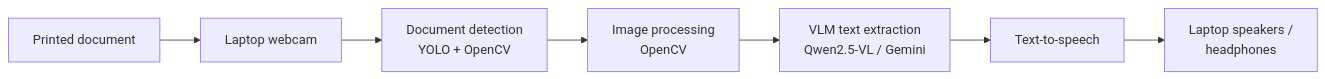
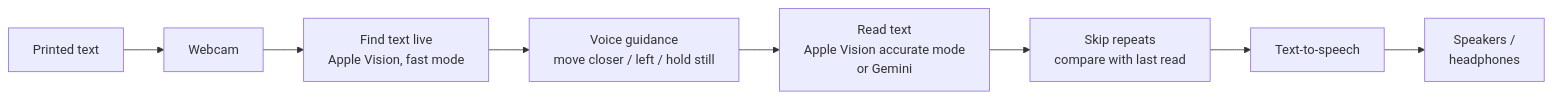
One commit to neerajprao/Helping_Eyes-main changed the diagram in README.md. Above: the diagram before and after it, drawn with Mermaid. The commit also changed other lines of this file and 8 other files, not shown here.

Commit message:
removed qwen, yolo and added apple vision

````diff
--- a/README.md
+++ b/README.md
@@ -65,9 +64,10 @@
 ```mermaid
 flowchart LR
-    A[Printed document] --> B[Laptop webcam]
-    B --> C[Document detection<br/>YOLO + OpenCV]
-    C --> D[Image processing<br/>OpenCV]
-    D --> E[VLM text extraction<br/>Qwen2.5-VL / Gemini]
-    E --> F[Text-to-speech]
-    F --> G[Laptop speakers /<br/>headphones]
+    A[Printed text] --> B[Webcam]
+    B --> C[Find text live<br/>Apple Vision, fast mode]
+    C --> D[Voice guidance<br/>move closer / left / hold still]
+    D --> E[Read text<br/>Apple Vision accurate mode<br/>or Gemini]
+    E --> F[Skip repeats<br/>compare with last read]
+    F --> G[Text-to-speech]
+    G --> H[Speakers /<br/>headphones]
 ```
````
